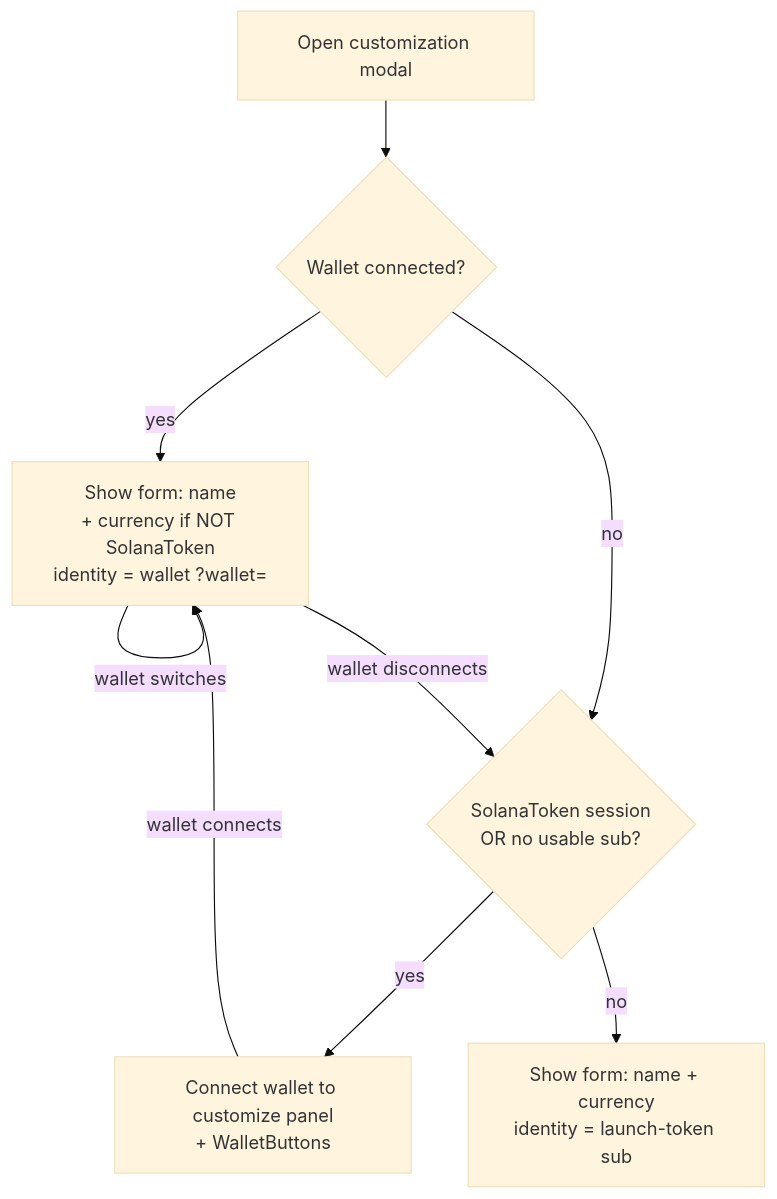
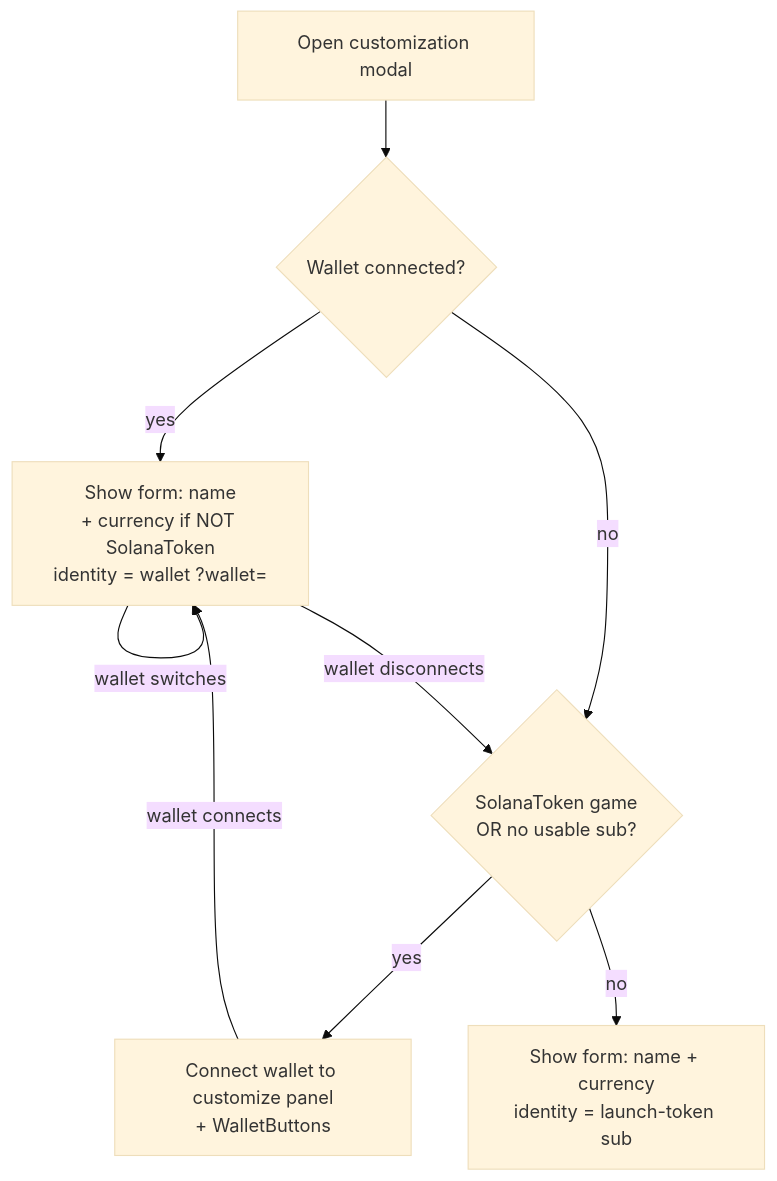
One commit to marcusruas/monkify-meta changed the diagram in specs/wallet-display-name.md. Above: the diagram before and after it, drawn with Mermaid (base theme). The commit also changed other lines of this file and 57 other files, not shown here.

First line of the commit message:
Rebrand: Monkify->ChimpOut, Session->Game in KB prose (monkify-meta)

````diff
--- a/specs/wallet-display-name.md
+++ b/specs/wallet-display-name.md
@@ -268,11 +268,11 @@
 ```mermaid
 flowchart TD
   A[Open customization modal] --> B{Wallet connected?}
   B -- yes --> F[Show form: name<br/>+ currency if NOT SolanaToken<br/>identity = wallet ?wallet=]
-  B -- no --> C{SolanaToken session<br/>OR no usable sub?}
+  B -- no --> C{SolanaToken game<br/>OR no usable sub?}
   C -- yes --> G["Connect wallet to customize" panel<br/>+ WalletButtons]
   C -- no --> D[Show form: name + currency<br/>identity = launch-token sub]
   G -- wallet connects --> F
   F -- wallet switches --> F
   F -- wallet disconnects --> C
 ```
````
